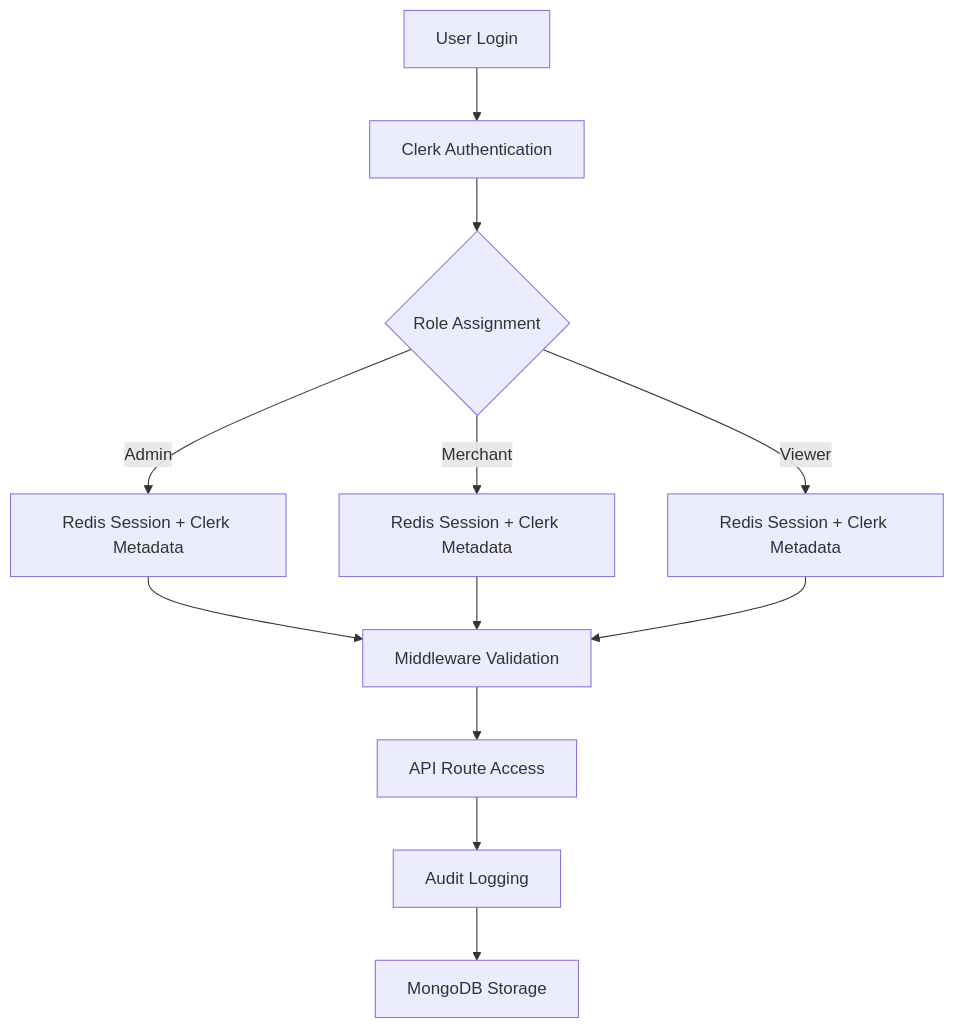
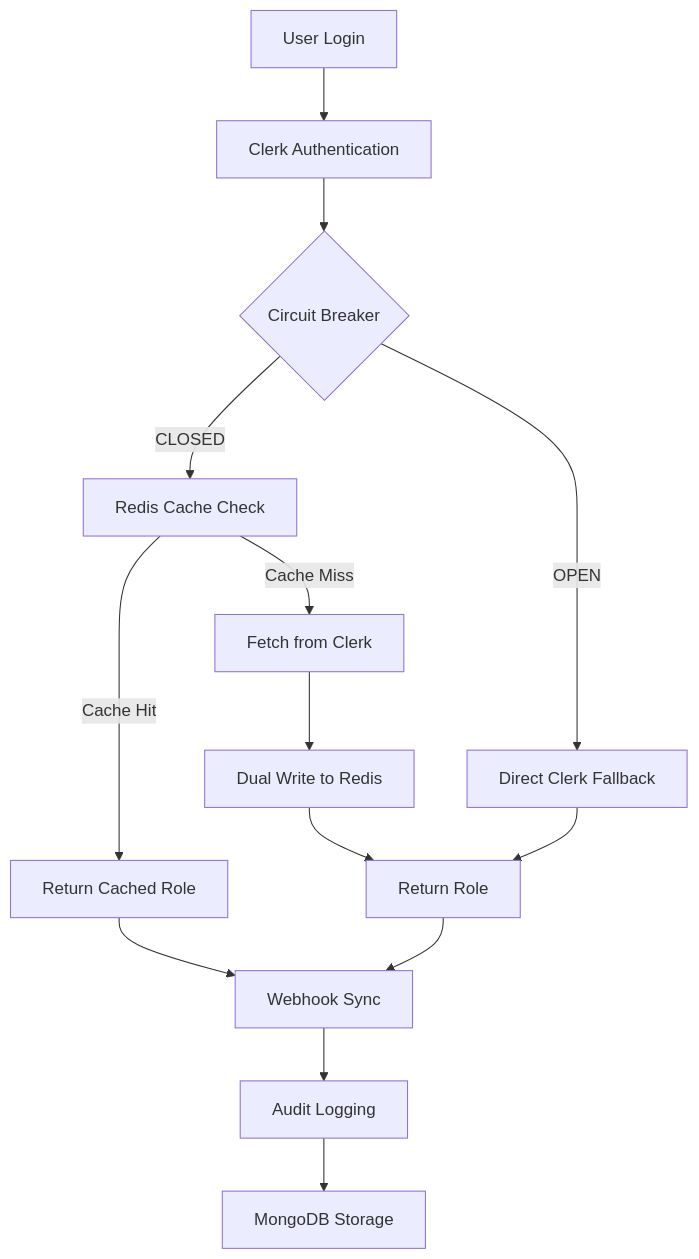
One commit to code-craka/upi-payment-app changed the diagram in README.md. Above: the diagram before and after it, drawn with Mermaid. The commit also changed other lines of this file and 76 other files, not shown here.

````diff
--- a/README.md
+++ b/README.md
@@ -47,14 +50,16 @@
 ```mermaid
 graph TB
     A[User Login] --> B[Clerk Authentication]
-    B --> C{Role Assignment}
-    C -->|Admin| D[Redis Session + Clerk Metadata]
-    C -->|Merchant| E[Redis Session + Clerk Metadata]
-    C -->|Viewer| F[Redis Session + Clerk Metadata]
-    D --> G[Middleware Validation]
-    E --> G
-    F --> G
-    G --> H[API Route Access]
-    H --> I[Audit Logging]
-    I --> J[MongoDB Storage]
+    B --> C{Circuit Breaker}
+    C -->|CLOSED| D[Redis Cache Check]
+    C -->|OPEN| E[Direct Clerk Fallback]
+    D -->|Cache Hit| F[Return Cached Role]
+    D -->|Cache Miss| G[Fetch from Clerk]
+    G --> H[Dual Write to Redis]
+    H --> I[Return Role]
+    E --> I
+    F --> J[Webhook Sync]
+    I --> J
+    J --> K[Audit Logging]
+    K --> L[MongoDB Storage]
 ```
````
